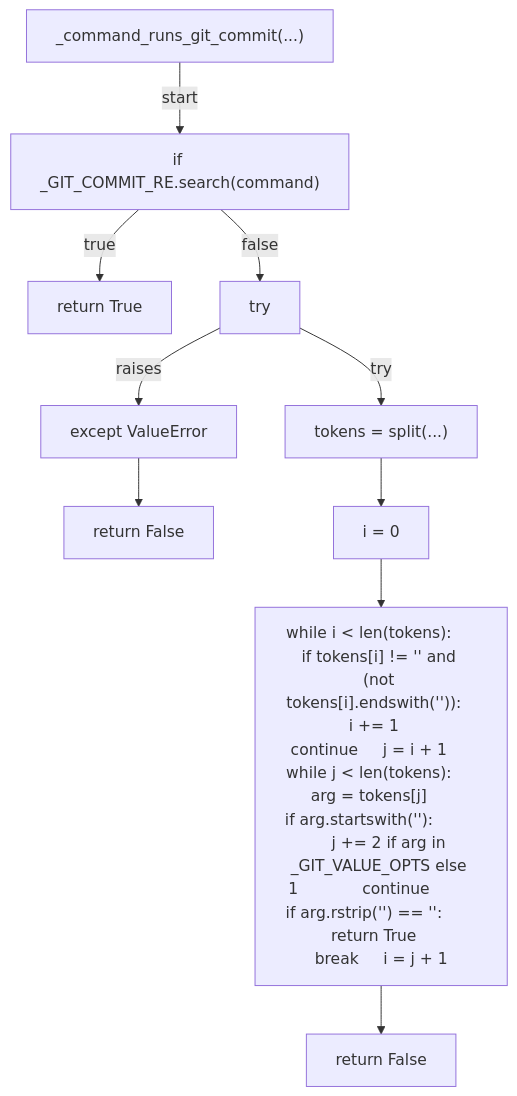
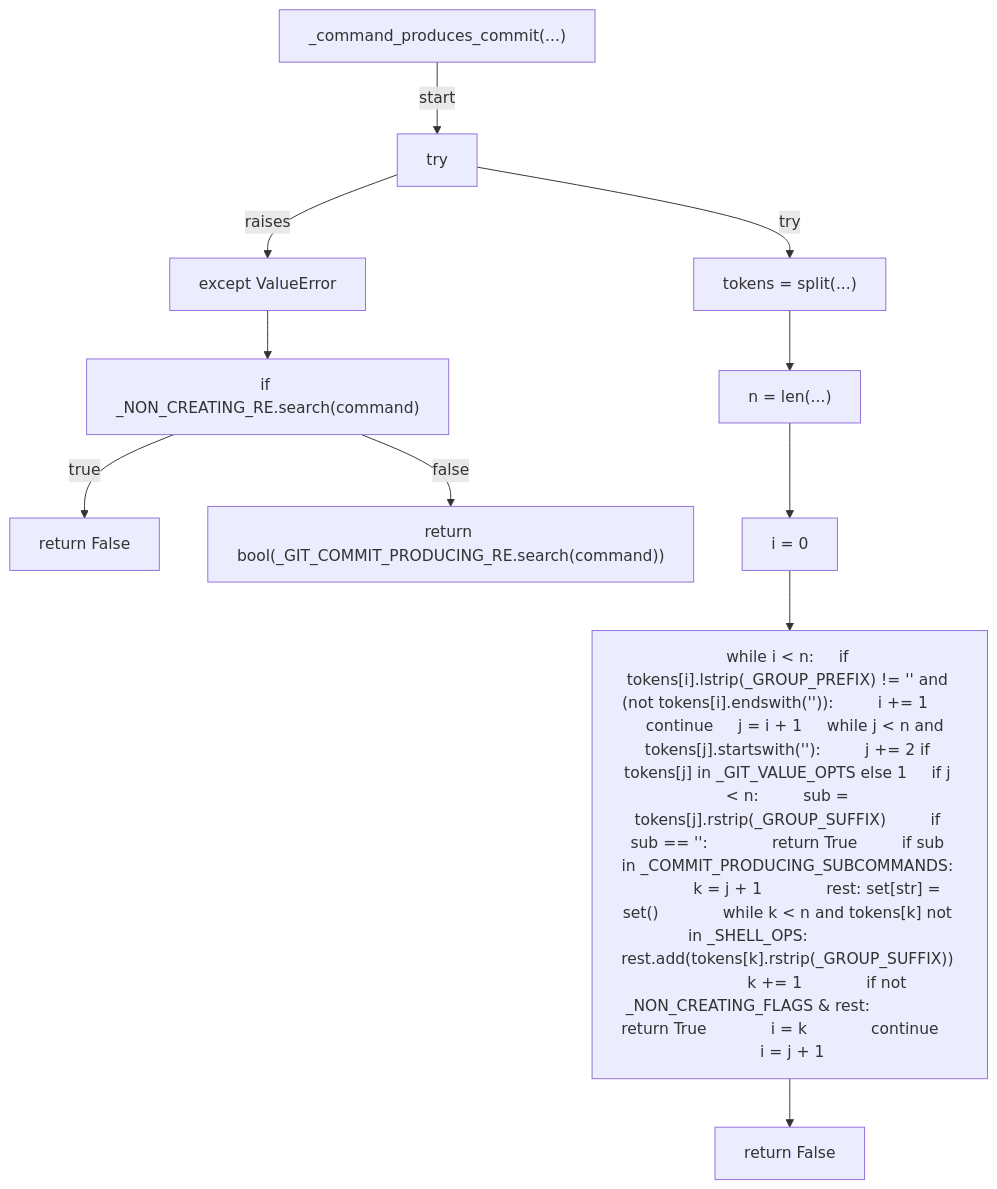
Before and after one commit to tvna/claude-md: the first of 12 diagrams in docs/generated/scripts/ast/check_commit_signing_ready.md, drawn with Mermaid. The commit also changed other lines of this file and 4 other files, not shown here.

First line of the commit message:
docs(generated): regenerate decision tree and workflow diagrams

````diff
--- a/docs/generated/scripts/ast/check_commit_signing_ready.md
+++ b/docs/generated/scripts/ast/check_commit_signing_ready.md
@@ -7,22 +7,24 @@
 ```mermaid
 flowchart TD
-    N001["_command_runs_git_commit(...)"]
-    N002["if _GIT_COMMIT_RE.search(command)"]
-    N003["return True"]
-    N004["try"]
-    N005["tokens = split(...)"]
-    N006["except ValueError"]
-    N007["return False"]
-    N008["i = 0"]
-    N009["while i < len(tokens):     if tokens[i] != '<str>' and (not tokens[i].endswith('<str>')):         i += 1         continue     j = i + 1     while j < len(tokens):         arg = tokens[j]         if arg.startswith('<str>'):             j += 2 if arg in _GIT_VALUE_OPTS else 1             continue         if arg.rstrip('<str>') == '<str>':             return True         break     i = j + 1"]
-    N010["return False"]
+    N001["_command_produces_commit(...)"]
+    N002["try"]
+    N003["tokens = split(...)"]
+    N004["except ValueError"]
+    N005["if _NON_CREATING_RE.search(command)"]
+    N006["return False"]
+    N007["return bool(_GIT_COMMIT_PRODUCING_RE.search(command))"]
+    N008["n = len(...)"]
+    N009["i = 0"]
+    N010["while i < n:     if tokens[i].lstrip(_GROUP_PREFIX) != '<str>' and (not tokens[i].endswith('<str>')):         i += 1         continue     j = i + 1     while j < n and tokens[j].startswith('<str>'):         j += 2 if tokens[j] in _GIT_VALUE_OPTS else 1     if j < n:         sub = tokens[j].rstrip(_GROUP_SUFFIX)         if sub == '<str>':             return True         if sub in _COMMIT_PRODUCING_SUBCOMMANDS:             k = j + 1             rest: set[str] = set()             while k < n and tokens[k] not in _SHELL_OPS:                 rest.add(tokens[k].rstrip(_GROUP_SUFFIX))                 k += 1             if not _NON_CREATING_FLAGS & rest:                 return True             i = k             continue     i = j + 1"]
+    N011["return False"]
     N001 -->|"start"| N002
-    N002 -->|"true"| N003
-    N002 -->|"false"| N004
-    N004 -->|"try"| N005
-    N004 -->|"raises"| N006
-    N006 --> N007
-    N005 --> N008
+    N002 -->|"try"| N003
+    N002 -->|"raises"| N004
+    N004 --> N005
+    N005 -->|"true"| N006
+    N005 -->|"false"| N007
+    N003 --> N008
     N008 --> N009
     N009 --> N010
+    N010 --> N011
 ```
````
